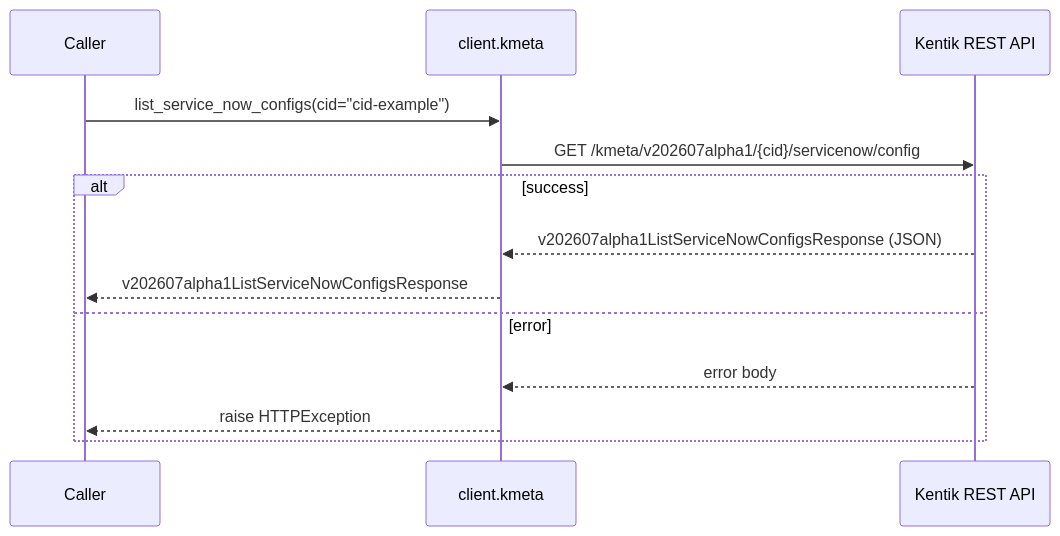
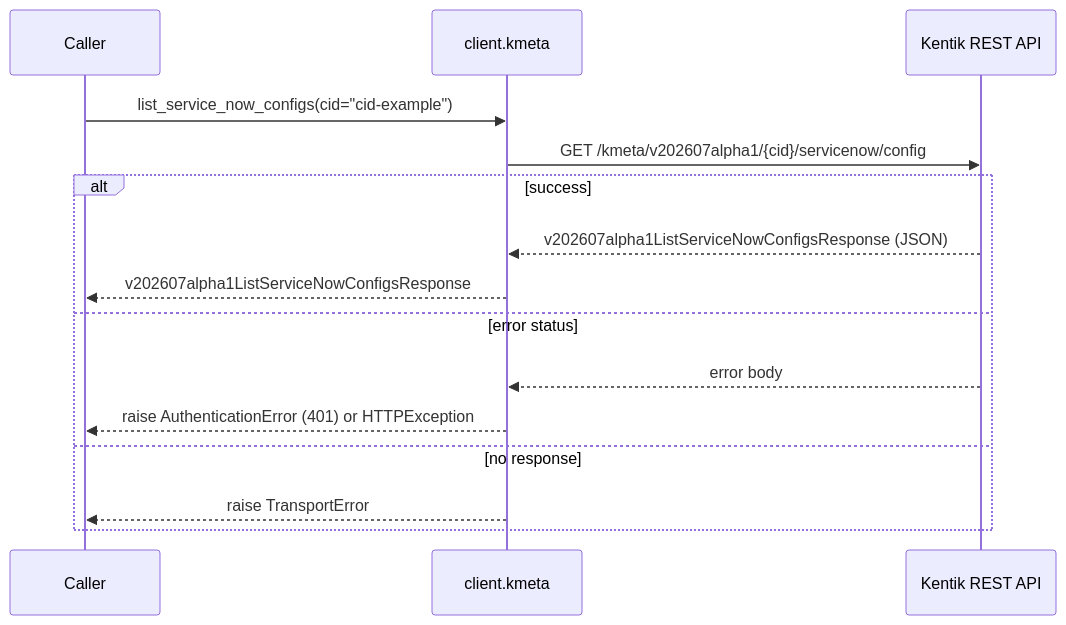
The second of 12 diagrams in docs/sphinx/services/kmeta.md (alexdearaujo/community_sdk_python), drawn with Mermaid before and after one commit. The commit also changed other lines of this file and 35 other files, not shown here.

First line of the commit message:
docs: show the current exceptions in every service page's call diagrams

````diff
--- a/docs/sphinx/services/kmeta.md
+++ b/docs/sphinx/services/kmeta.md
@@ -38,16 +38,18 @@
 ```mermaid
 sequenceDiagram
     participant C as Caller
     participant W as client.kmeta
     participant API as Kentik REST API
 
     C->>W: list_service_now_configs(cid="cid-example")
     W->>API: GET /kmeta/v202607alpha1/{cid}/servicenow/config
     alt success
         API-->>W: v202607alpha1ListServiceNowConfigsResponse (JSON)
         W-->>C: v202607alpha1ListServiceNowConfigsResponse
-    else error
+    else error status
         API-->>W: error body
-        W-->>C: raise HTTPException
+        W-->>C: raise AuthenticationError (401) or HTTPException
+    else no response
+        W-->>C: raise TransportError
     end
 ```
````
